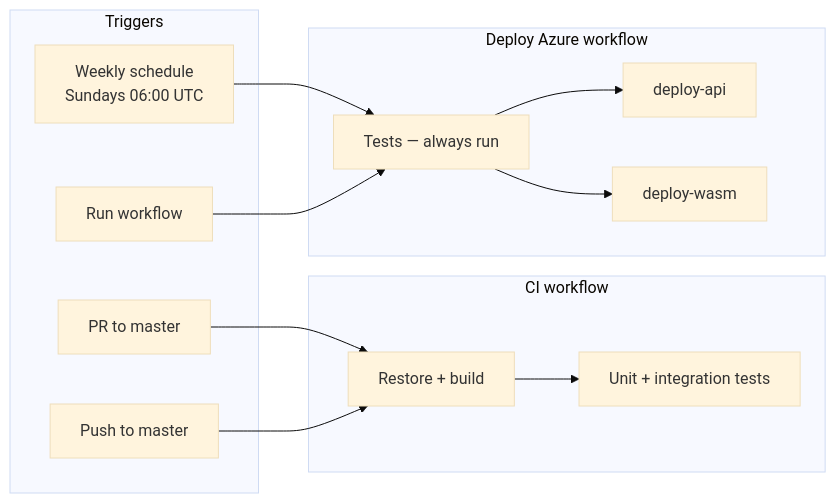
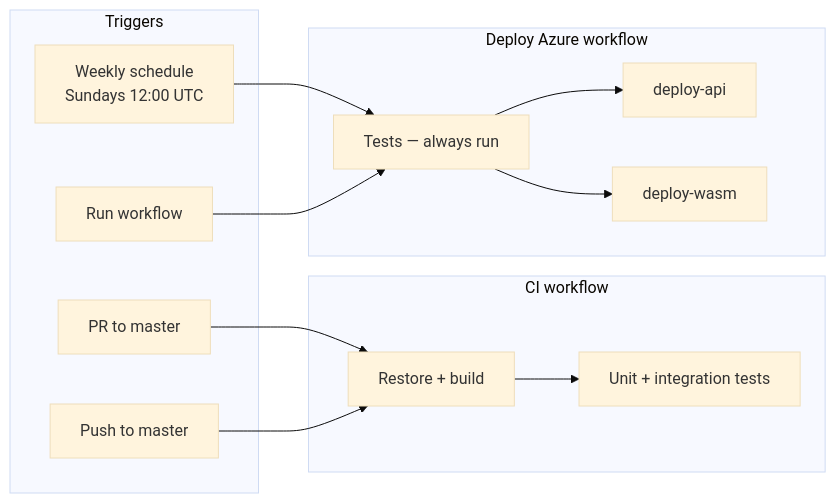
One commit to jpridx/KaraokeList changed the diagram in docs/github-actions.md. Above: the diagram before and after it, drawn with Mermaid (base theme). The commit also changed other lines of this file and 1 other file, not shown here.

Commit message:
Set weekly deploy schedule to 12:00 UTC (Central morning)

````diff
--- a/docs/github-actions.md
+++ b/docs/github-actions.md
@@ -17,28 +17,28 @@
 ```mermaid
 flowchart LR
   subgraph triggers [Triggers]
     PR[PR to master]
     Push[Push to master]
-    Schedule[Weekly schedule\nSundays 06:00 UTC]
+    Schedule[Weekly schedule\nSundays 12:00 UTC]
     Manual[Run workflow]
   end
 
   subgraph ci [CI workflow]
     Build[Restore + build]
     Tests[Unit + integration tests]
   end
 
   subgraph deploy [Deploy Azure workflow]
     Gate[Tests — always run]
     ApiDeploy[deploy-api]
     WasmDeploy[deploy-wasm]
   end
 
   PR --> Build
   Push --> Build
   Build --> Tests
   Schedule --> Gate
   Manual --> Gate
   Gate --> ApiDeploy
   Gate --> WasmDeploy
 ```
````
